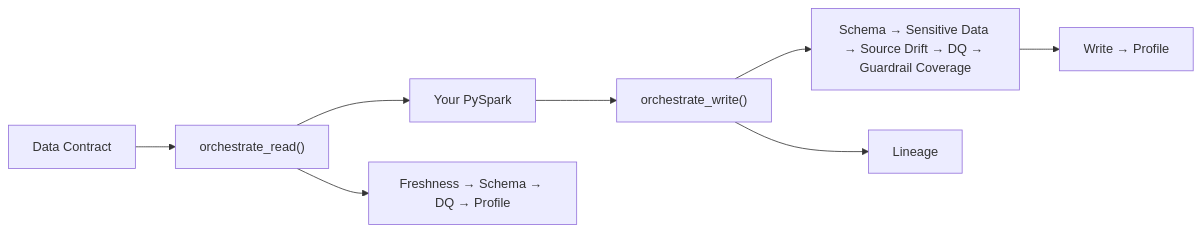
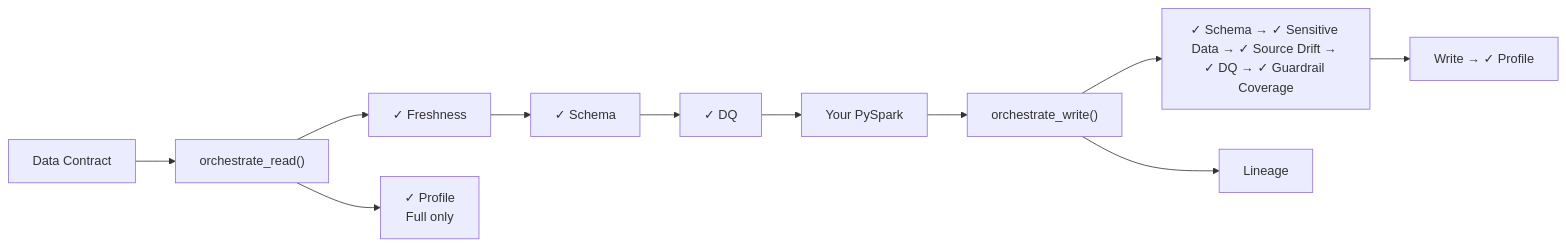
The second of 2 diagrams in docs/solutions/plug-and-play-data-pipelines.md (Voycepeh/FabricOps-Starter-Kit), drawn with Mermaid before and after one commit. The commit also changed other lines of this file, not shown here.

Commit message:
docs: clarify pipeline read guardrail order

````diff
--- a/docs/solutions/plug-and-play-data-pipelines.md
+++ b/docs/solutions/plug-and-play-data-pipelines.md
@@ -117,11 +117,11 @@
 ```mermaid
 flowchart LR
     CONTRACT["Data Contract"] --> READ["orchestrate_read()"]
-    READ --> TRANSFORM["Your PySpark"]
+    READ --> FRESH["✓ Freshness"] --> SCHEMA["✓ Schema"] --> DQ["✓ DQ"] --> TRANSFORM["Your PySpark"]
+    READ --> PROFILE["✓ Profile<br/>Full only"]
+
     TRANSFORM --> WRITE["orchestrate_write()"]
-
-    READ --> READ_CHECKS["Freshness → Schema → DQ → Profile"]
-    WRITE --> WRITE_CHECKS["Schema → Sensitive Data → Source Drift → DQ → Guardrail Coverage"]
-    WRITE_CHECKS --> PUBLISH["Write → Profile"]
+    WRITE --> WRITE_CHECKS["✓ Schema → ✓ Sensitive Data → ✓ Source Drift → ✓ DQ → ✓ Guardrail Coverage"]
+    WRITE_CHECKS --> PUBLISH["Write → ✓ Profile"]
     WRITE --> LINEAGE["Lineage"]
 ```
````
